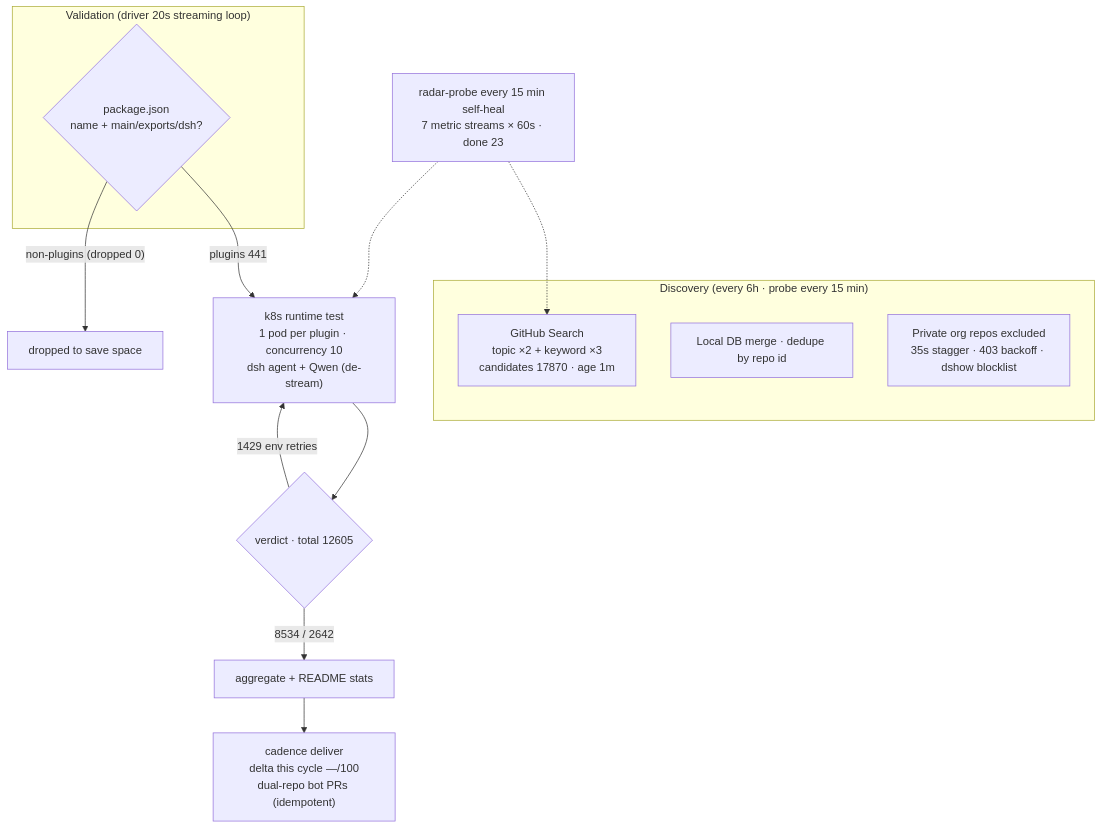
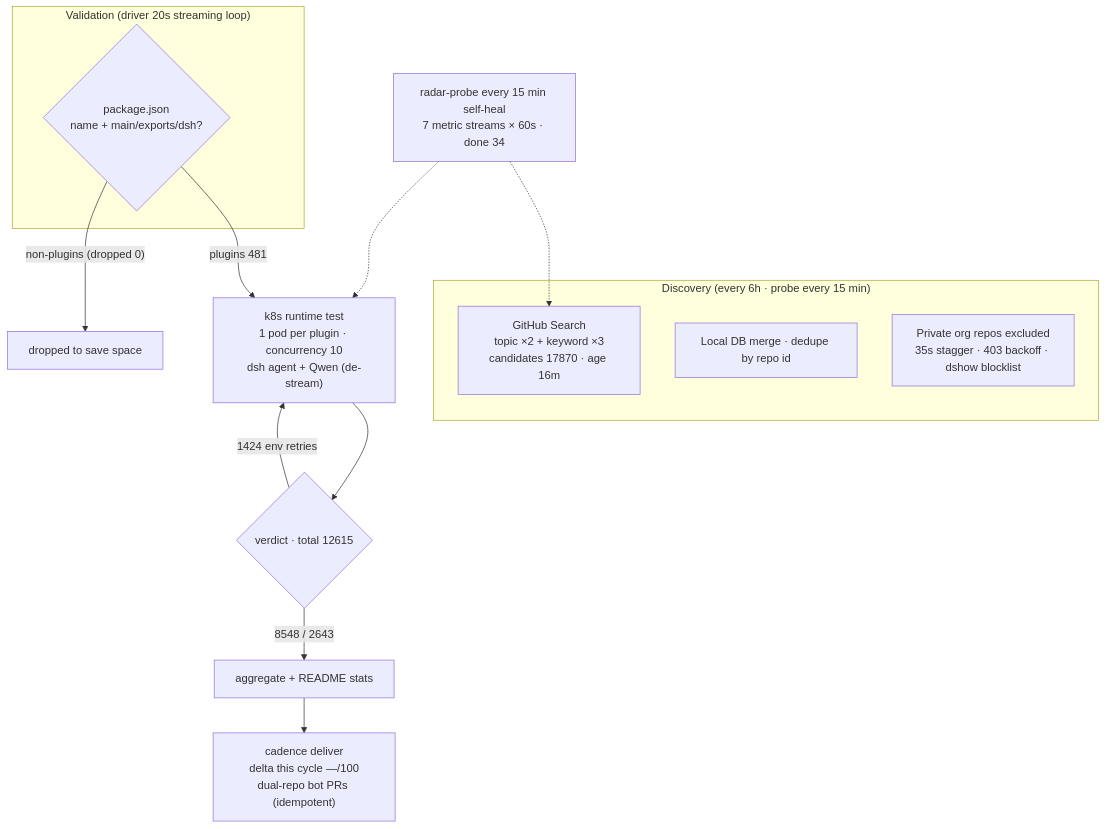
One commit to AdamPlatin123/awesome-dsh-plugins changed the diagram in README.en-US.md. Above: the diagram before and after it, drawn with Mermaid. The commit also changed other lines of this file and 5 other files, not shown here.

````diff
--- a/README.en-US.md
+++ b/README.en-US.md
@@ -45,20 +45,20 @@
 ```mermaid
 flowchart TB
     subgraph Discovery["Discovery (every 6h · probe every 15 min)"]
-        A1["GitHub Search<br/>topic ×2 + keyword ×3<br/>candidates 17870 · age 1m"]
+        A1["GitHub Search<br/>topic ×2 + keyword ×3<br/>candidates 17870 · age 16m"]
         A2["Local DB merge · dedupe by repo id"]
         A3["Private org repos excluded<br/>35s stagger · 403 backoff · dshow blocklist"]
     end
     subgraph Validation["Validation (driver 20s streaming loop)"]
         B1{"package.json<br/>name + main/exports/dsh?"}
     end
-    B1 -->|"plugins 441"| C1["k8s runtime test<br/>1 pod per plugin · concurrency 10<br/>dsh agent + Qwen (de-stream)"]
+    B1 -->|"plugins 481"| C1["k8s runtime test<br/>1 pod per plugin · concurrency 10<br/>dsh agent + Qwen (de-stream)"]
     B1 -->|"non-plugins (dropped 0)"| B3["dropped to save space"]
-    C1 --> D1{"verdict · total 12605"}
-    D1 -->|"8534 / 2642"| E1["aggregate + README stats"]
-    D1 -->|"1429 env retries"| C1
+    C1 --> D1{"verdict · total 12615"}
+    D1 -->|"8548 / 2643"| E1["aggregate + README stats"]
+    D1 -->|"1424 env retries"| C1
     E1 --> E2["cadence deliver<br/>delta this cycle —/100<br/>dual-repo bot PRs (idempotent)"]
-    M["radar-probe every 15 min self-heal<br/>7 metric streams × 60s · done 23"]
+    M["radar-probe every 15 min self-heal<br/>7 metric streams × 60s · done 34"]
     M -.-> A1
     M -.-> C1
 ```
````
